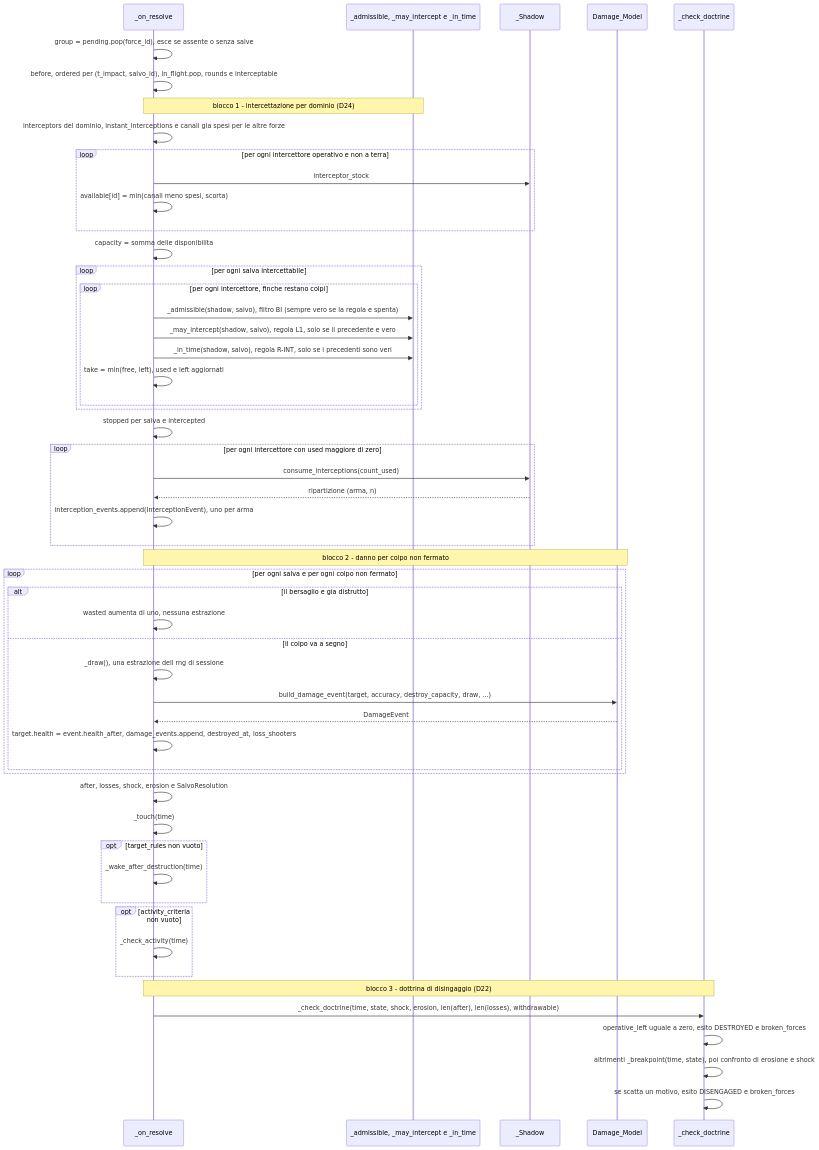
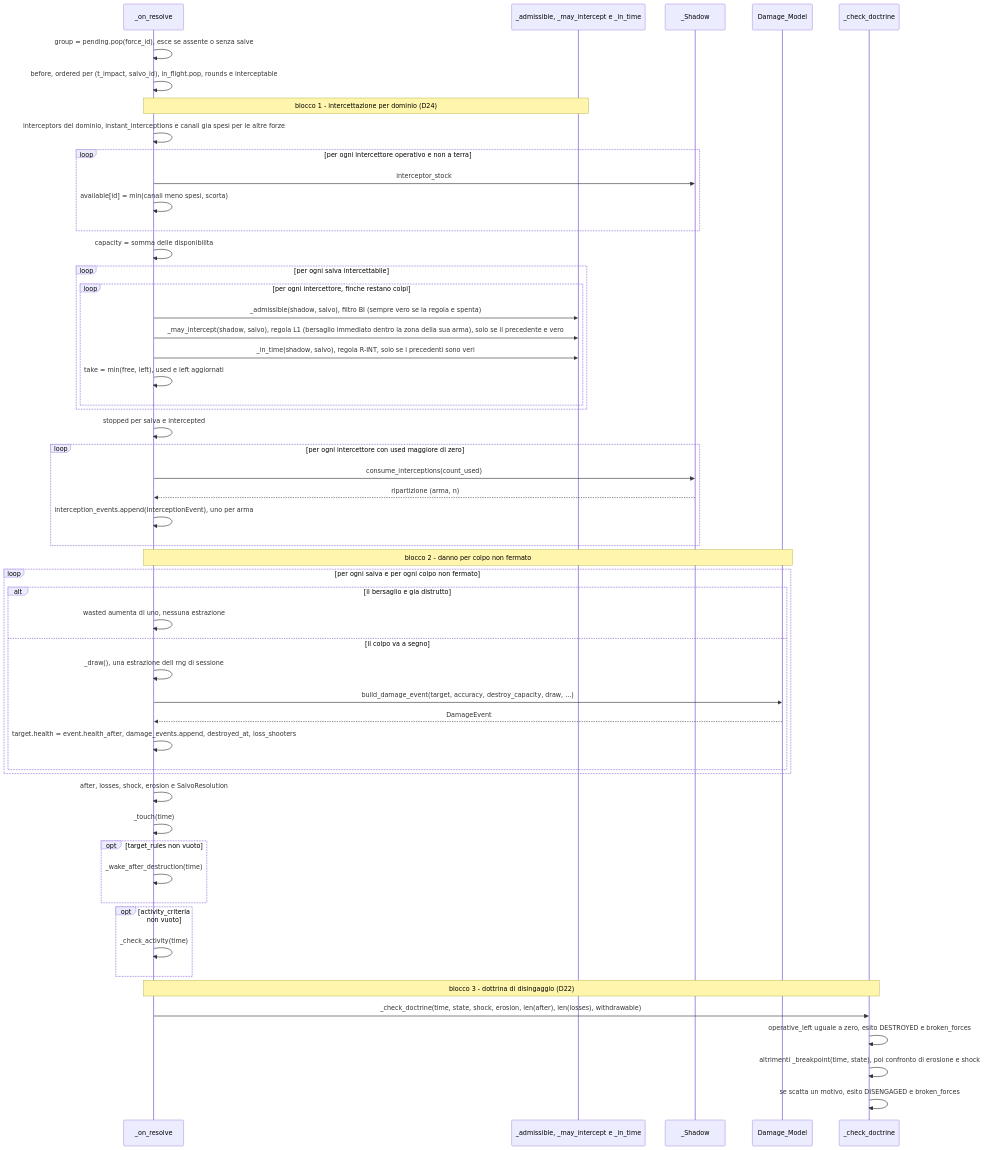
Diagram 20 of 22 in Analysis/Document/Manuale_Motore_DES/11a_Atlante_Risolutore.md (MakusIV/Warfare-Model), drawn with Mermaid before and after one commit. The commit also changed other lines of this file and 11 other files, not shown here.

````diff
--- a/Analysis/Document/Manuale_Motore_DES/11a_Atlante_Risolutore.md
+++ b/Analysis/Document/Manuale_Motore_DES/11a_Atlante_Risolutore.md
@@ -1256,55 +1258,55 @@
 ```mermaid
 sequenceDiagram
     participant RUN as _on_resolve
     participant IC as _admissible, _may_intercept e _in_time
     participant SH as _Shadow
     participant DM as Damage_Model
     participant DOC as _check_doctrine
     RUN->>RUN: group = pending.pop(force_id), esce se assente o senza salve
     RUN->>RUN: before, ordered per (t_impact, salvo_id), in_flight.pop, rounds e interceptable
     Note over RUN,IC: blocco 1 - intercettazione per dominio (D24)
     RUN->>RUN: interceptors del dominio, instant_interceptions e canali gia spesi per le altre forze
     loop per ogni intercettore operativo e non a terra
         RUN->>SH: interceptor_stock
         RUN->>RUN: available[id] = min(canali meno spesi, scorta)
     end
     RUN->>RUN: capacity = somma delle disponibilita
     loop per ogni salva intercettabile
         loop per ogni intercettore, finche restano colpi
             RUN->>IC: _admissible(shadow, salvo), filtro BI (sempre vero se la regola e spenta)
-            RUN->>IC: _may_intercept(shadow, salvo), regola L1, solo se il precedente e vero
+            RUN->>IC: _may_intercept(shadow, salvo), regola L1 (bersaglio immediato dentro la zona della sua arma), solo se il precedente e vero
             RUN->>IC: _in_time(shadow, salvo), regola R-INT, solo se i precedenti sono veri
             RUN->>RUN: take = min(free, left), used e left aggiornati
         end
     end
     RUN->>RUN: stopped per salva e intercepted
     loop per ogni intercettore con used maggiore di zero
         RUN->>SH: consume_interceptions(count_used)
         SH-->>RUN: ripartizione (arma, n)
         RUN->>RUN: interception_events.append(InterceptionEvent), uno per arma
     end
     Note over RUN,DM: blocco 2 - danno per colpo non fermato
     loop per ogni salva e per ogni colpo non fermato
         alt il bersaglio e gia distrutto
             RUN->>RUN: wasted aumenta di uno, nessuna estrazione
         else il colpo va a segno
             RUN->>RUN: _draw(), una estrazione dell rng di sessione
             RUN->>DM: build_damage_event(target, accuracy, destroy_capacity, draw, ...)
             DM-->>RUN: DamageEvent
             RUN->>RUN: target.health = event.health_after, damage_events.append, destroyed_at, loss_shooters
         end
     end
     RUN->>RUN: after, losses, shock, erosion e SalvoResolution
     RUN->>RUN: _touch(time)
     opt target_rules non vuoto
         RUN->>RUN: _wake_after_destruction(time)
     end
     opt activity_criteria non vuoto
         RUN->>RUN: _check_activity(time)
     end
     Note over RUN,DOC: blocco 3 - dottrina di disingaggio (D22)
     RUN->>DOC: _check_doctrine(time, state, shock, erosion, len(after), len(losses), withdrawable)
     DOC->>DOC: operative_left uguale a zero, esito DESTROYED e broken_forces
     DOC->>DOC: altrimenti _breakpoint(time, state), poi confronto di erosione e shock
     DOC->>DOC: se scatta un motivo, esito DISENGAGED e broken_forces
 ```
````
